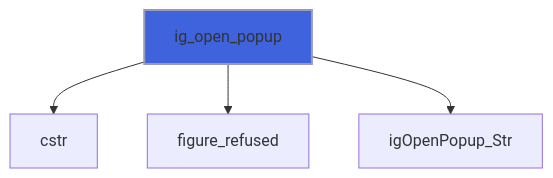
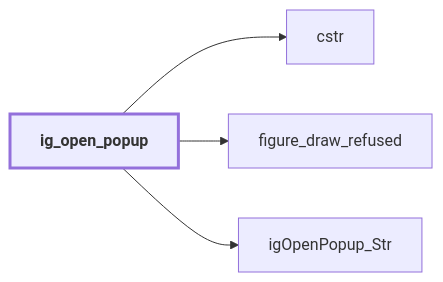
The sixth of 16 diagrams in docs/api/src/lib/figure_menu.md (szaghi/figure), drawn with Mermaid before and after one commit. The commit also changed other lines of this file and 54 other files, not shown here.

````diff
--- a/docs/api/src/lib/figure_menu.md
+++ b/docs/api/src/lib/figure_menu.md
@@ -127,7 +189,11 @@
 ```mermaid
-flowchart TD
+flowchart LR
   ig_open_popup["ig_open_popup"] --> cstr["cstr"]
-  ig_open_popup["ig_open_popup"] --> figure_refused["figure_refused"]
+  ig_open_popup["ig_open_popup"] --> figure_draw_refused["figure_draw_refused"]
   ig_open_popup["ig_open_popup"] --> igOpenPopup_Str["igOpenPopup_Str"]
-  style ig_open_popup fill:#3e63dd,stroke:#99b,stroke-width:2px
+  classDef focus stroke-width:3px,font-weight:bold
+  class ig_open_popup focus
+  click figure_draw_refused href "figure_base.html#figure-draw-refused" "figure_draw_refused"
+  click igOpenPopup_Str href "figure_cimgui.html#igopenpopup-str" "igOpenPopup_Str"
+  click cstr href "figure_base.html#cstr" "cstr"
 ```
````
